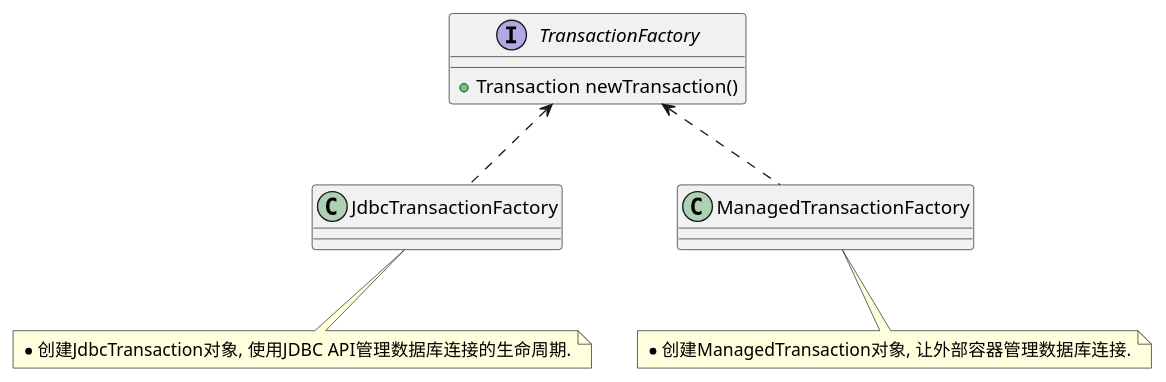
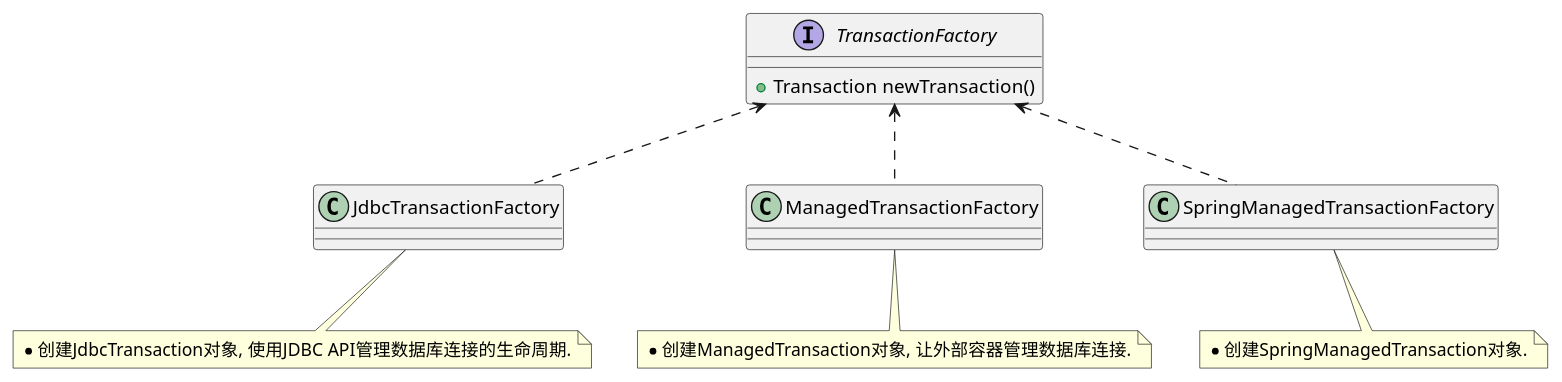
One commit to jjyyjjyy/tech changed the first of 7 diagrams in notes/Mybatis.adoc. Above: the diagram before and after it, drawn with PlantUML. The commit also changed 10 other files, not shown here.

```diff
--- a/notes/Mybatis.adoc
+++ b/notes/Mybatis.adoc
@@ -20,19 +20,24 @@
 [plantuml,TransactionFactory,svg]
 ....
 
 interface TransactionFactory {
     + Transaction newTransaction()
 }
 
 TransactionFactory <.. JdbcTransactionFactory
 TransactionFactory <.. ManagedTransactionFactory
+TransactionFactory <.. SpringManagedTransactionFactory
 
 note bottom of JdbcTransactionFactory
 * 创建JdbcTransaction对象, 使用JDBC API管理数据库连接的生命周期.
 end note
 
 note bottom of ManagedTransactionFactory
 * 创建ManagedTransaction对象, 让外部容器管理数据库连接.
 end note
 
+note bottom of SpringManagedTransactionFactory
+* 创建SpringManagedTransaction对象.
+end note
+
 ....
```
